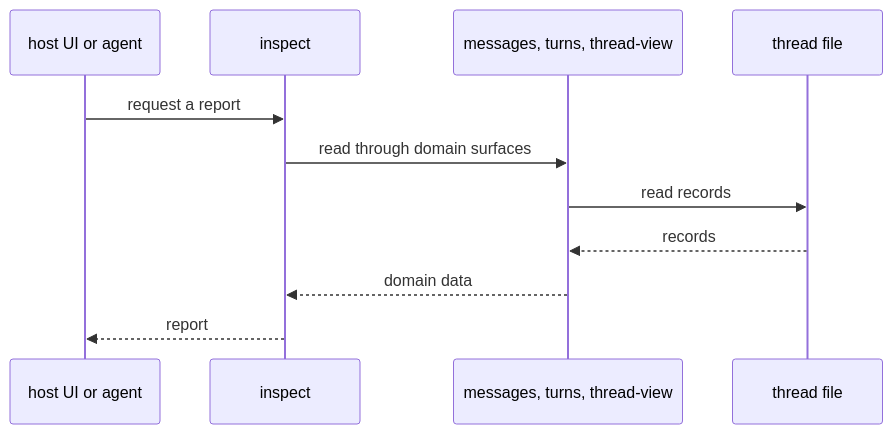
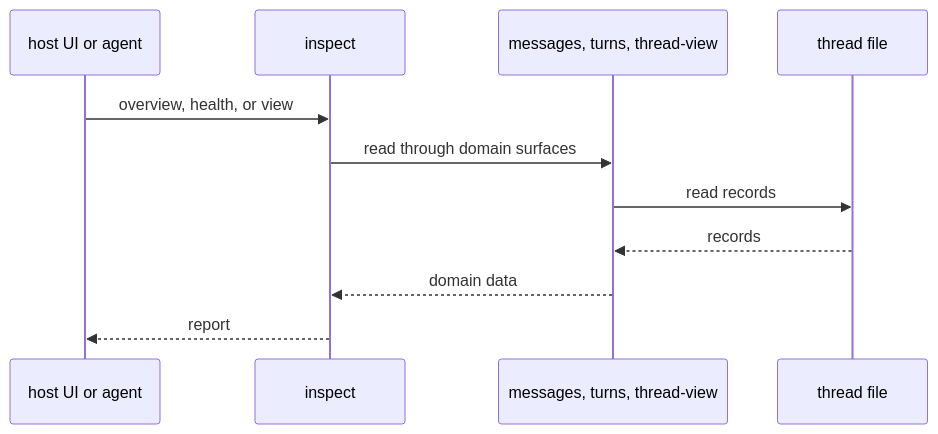
Before and after one commit to liminal-ai/long-horizon-context: diagram 11 of 11 in docs/onboard/02-domain-design.md, drawn with Mermaid. The commit also changed other lines of this file and 1 other file, not shown here.

````diff
--- a/docs/onboard/02-domain-design.md
+++ b/docs/onboard/02-domain-design.md
@@ -380,13 +406,13 @@
 ```mermaid
 sequenceDiagram
   participant C as host UI or agent
   participant N as inspect
   participant D as messages, turns, thread-view
   participant F as thread file
-  C->>N: request a report
+  C->>N: overview, health, or view
   N->>D: read through domain surfaces
   D->>F: read records
   F-->>D: records
   D-->>N: domain data
   N-->>C: report
 ```
````
